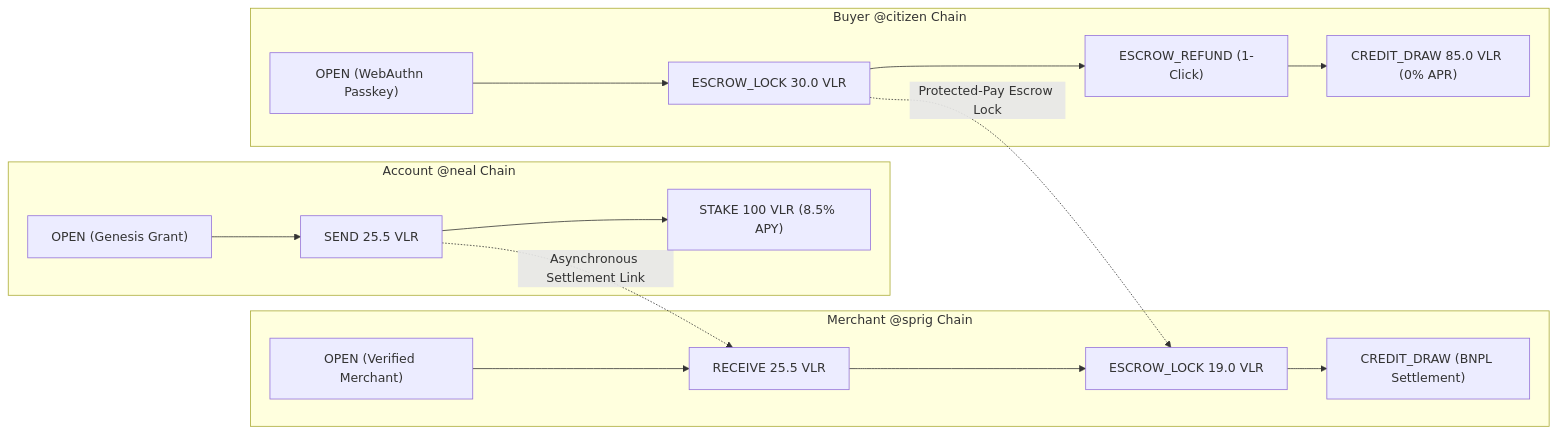
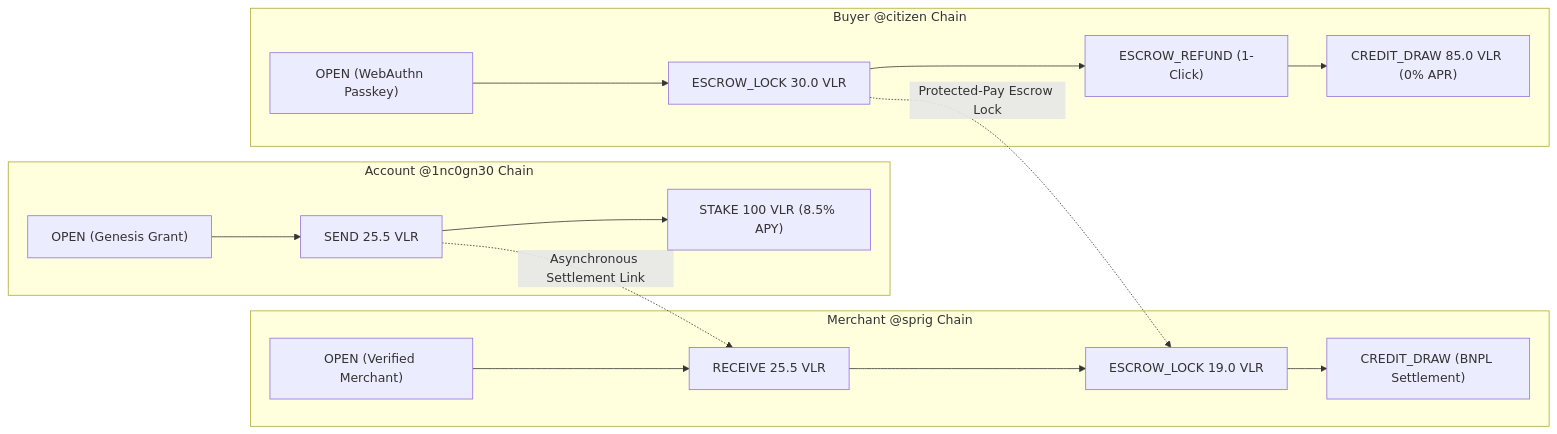
The first of 2 diagrams in config/includes.chroot/opt/vaelor-network/README.md (1nc0gn30/zoth-os), drawn with Mermaid before and after one commit. The commit also changed other lines of this file and 47 other files, not shown here.

````diff
--- a/config/includes.chroot/opt/vaelor-network/README.md
+++ b/config/includes.chroot/opt/vaelor-network/README.md
@@ -38,22 +38,22 @@
 ```mermaid
 flowchart LR
-    subgraph AccountNeal["Account @neal Chain"]
+    subgraph AccountNeal["Account @1nc0gn30 Chain"]
         N1["OPEN (Genesis Grant)"] --> N2["SEND 25.5 VLR"]
         N2 --> N3["STAKE 100 VLR (8.5% APY)"]
     end
 
     subgraph AccountSprig["Merchant @sprig Chain"]
         S1["OPEN (Verified Merchant)"] --> S2["RECEIVE 25.5 VLR"]
         S2 --> S3["ESCROW_LOCK 19.0 VLR"]
         S3 --> S4["CREDIT_DRAW (BNPL Settlement)"]
     end
 
     subgraph AccountCitizen["Buyer @citizen Chain"]
         C1["OPEN (WebAuthn Passkey)"] --> C2["ESCROW_LOCK 30.0 VLR"]
         C2 --> C3["ESCROW_REFUND (1-Click)"]
         C3 --> C4["CREDIT_DRAW 85.0 VLR (0% APR)"]
     end
 
     N2 -.->|"Asynchronous Settlement Link"| S2
     C2 -.->|"Protected-Pay Escrow Lock"| S3
 ```
````
